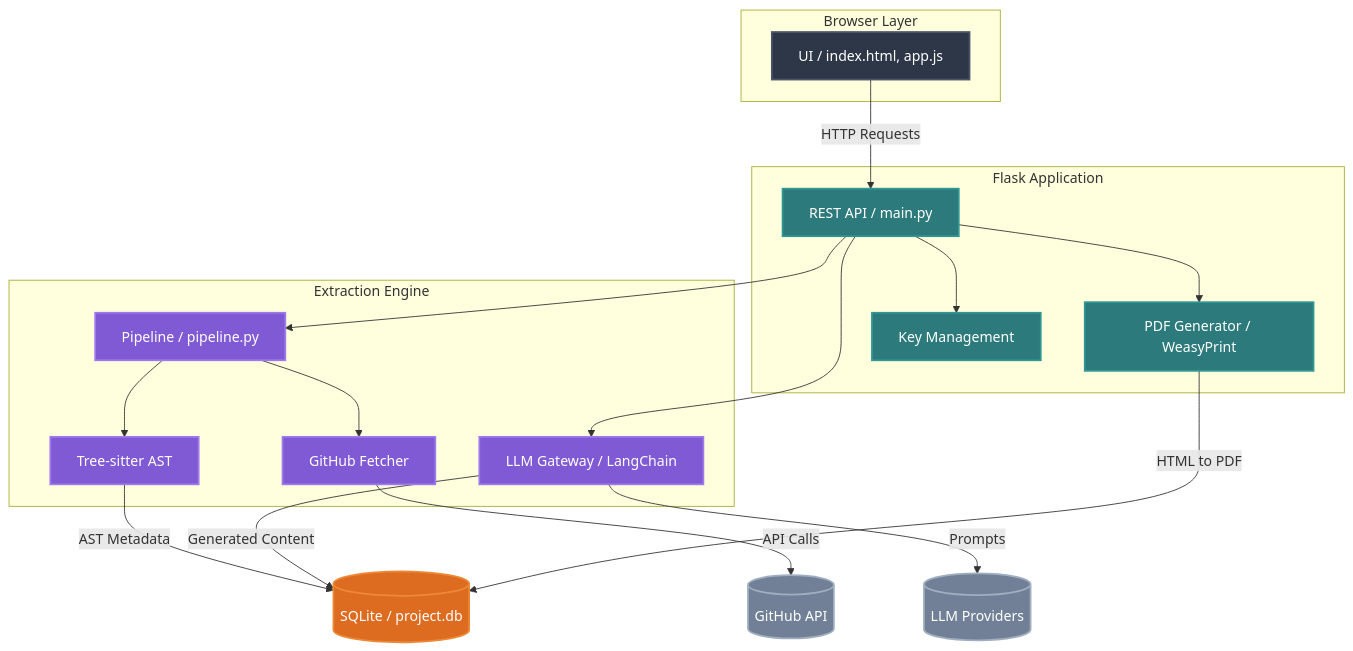
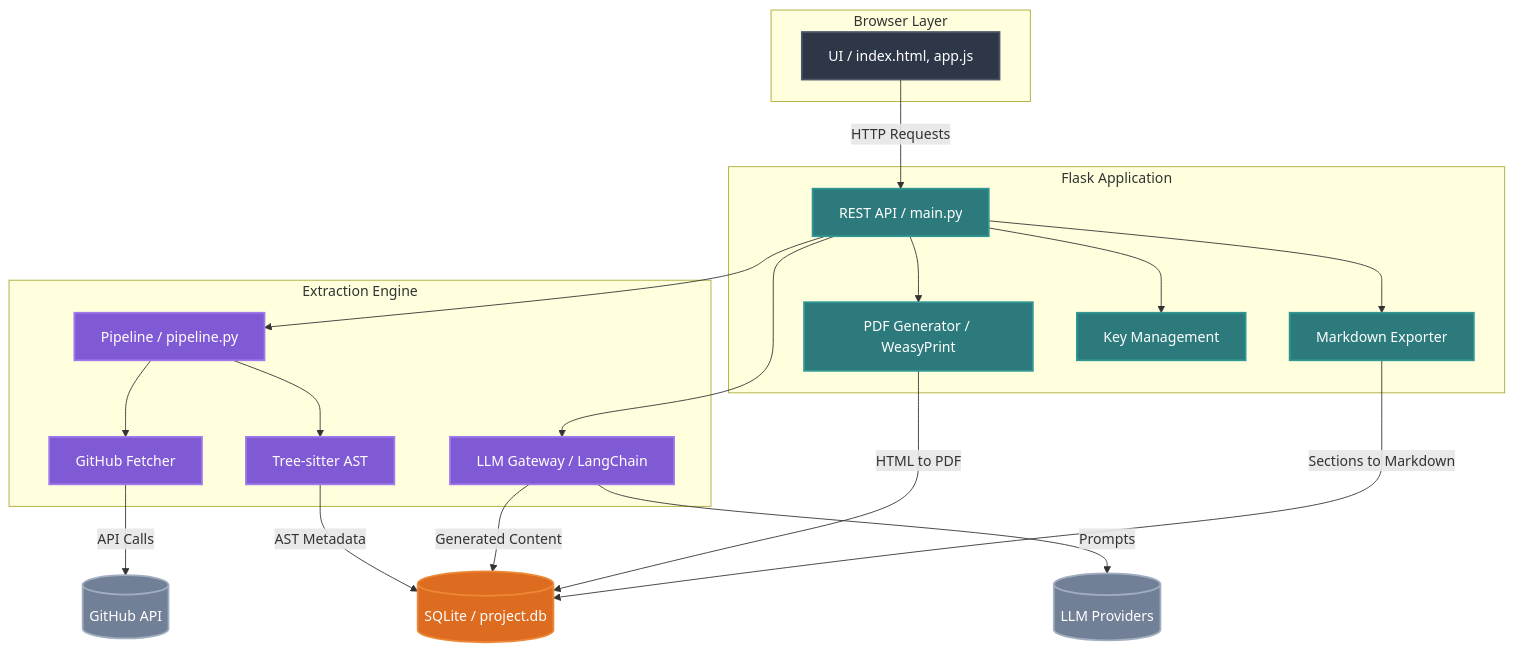
The diagram in README.md (A-Square8/BuiltByMe), drawn with Mermaid before and after one commit. The commit also changed other lines of this file and 7 other files, not shown here.

````diff
--- a/README.md
+++ b/README.md
@@ -48,45 +52,48 @@
 ```mermaid
 graph TD
     classDef client fill:#2D3748,stroke:#4A5568,stroke-width:2px,color:#fff;
     classDef server fill:#2C7A7B,stroke:#319795,stroke-width:2px,color:#fff;
     classDef engine fill:#805AD5,stroke:#9F7AEA,stroke-width:2px,color:#fff;
     classDef db fill:#DD6B20,stroke:#ED8936,stroke-width:2px,color:#fff;
     classDef external fill:#718096,stroke:#A0AEC0,stroke-width:2px,color:#fff;
 
     subgraph Client [Browser Layer]
         UI[UI / index.html, app.js]:::client
     end
 
     subgraph Server [Flask Application]
         API[REST API / main.py]:::server
         PDF[PDF Generator / WeasyPrint]:::server
+        MD[Markdown Exporter]:::server
         Vault[Key Management]:::server
     end
 
     subgraph Extraction [Extraction Engine]
         Pipe[Pipeline / pipeline.py]:::engine
         Fetcher[GitHub Fetcher]:::engine
         TS[Tree-sitter AST]:::engine
         Gateway[LLM Gateway / LangChain]:::engine
     end
 
     DB[(SQLite / project.db)]:::db
     GH[(GitHub API)]:::external
     LLM[(LLM Providers)]:::external
 
     UI -->|HTTP Requests| API
     API --> PDF
+    API --> MD
     API --> Vault
     API --> Pipe
     API --> Gateway
 
     Pipe --> Fetcher
     Fetcher -->|API Calls| GH
     Pipe --> TS
     TS -->|AST Metadata| DB
     
     Gateway -->|Prompts| LLM
     Gateway -->|Generated Content| DB
     
     PDF -->|HTML to PDF| DB
+    MD -->|Sections to Markdown| DB
 ```
````
